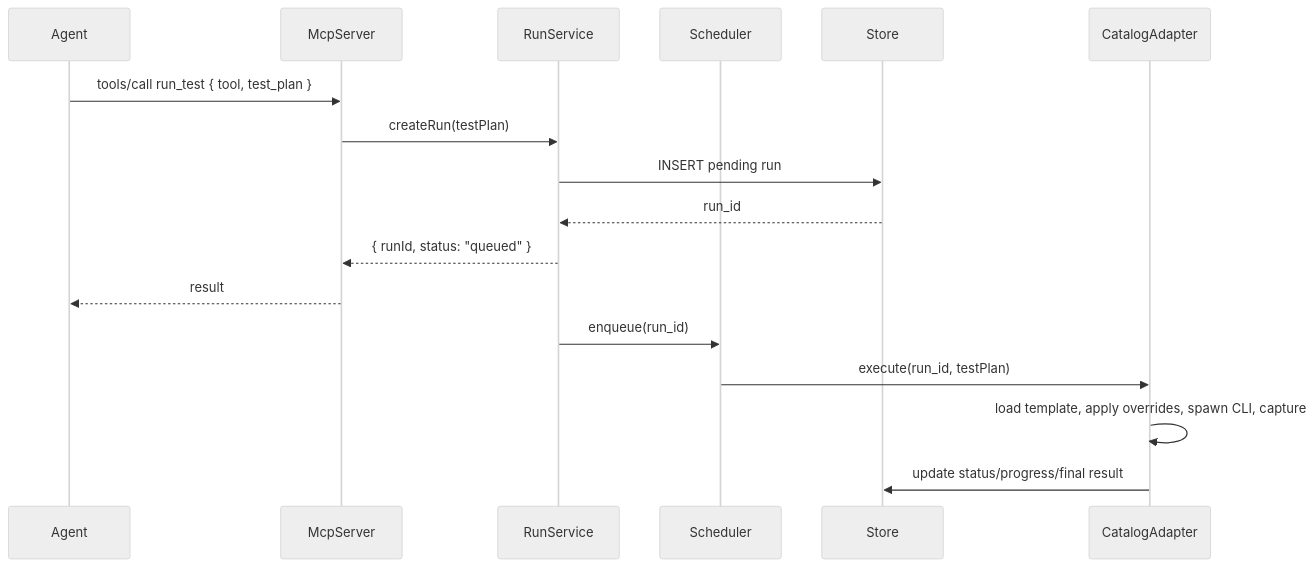
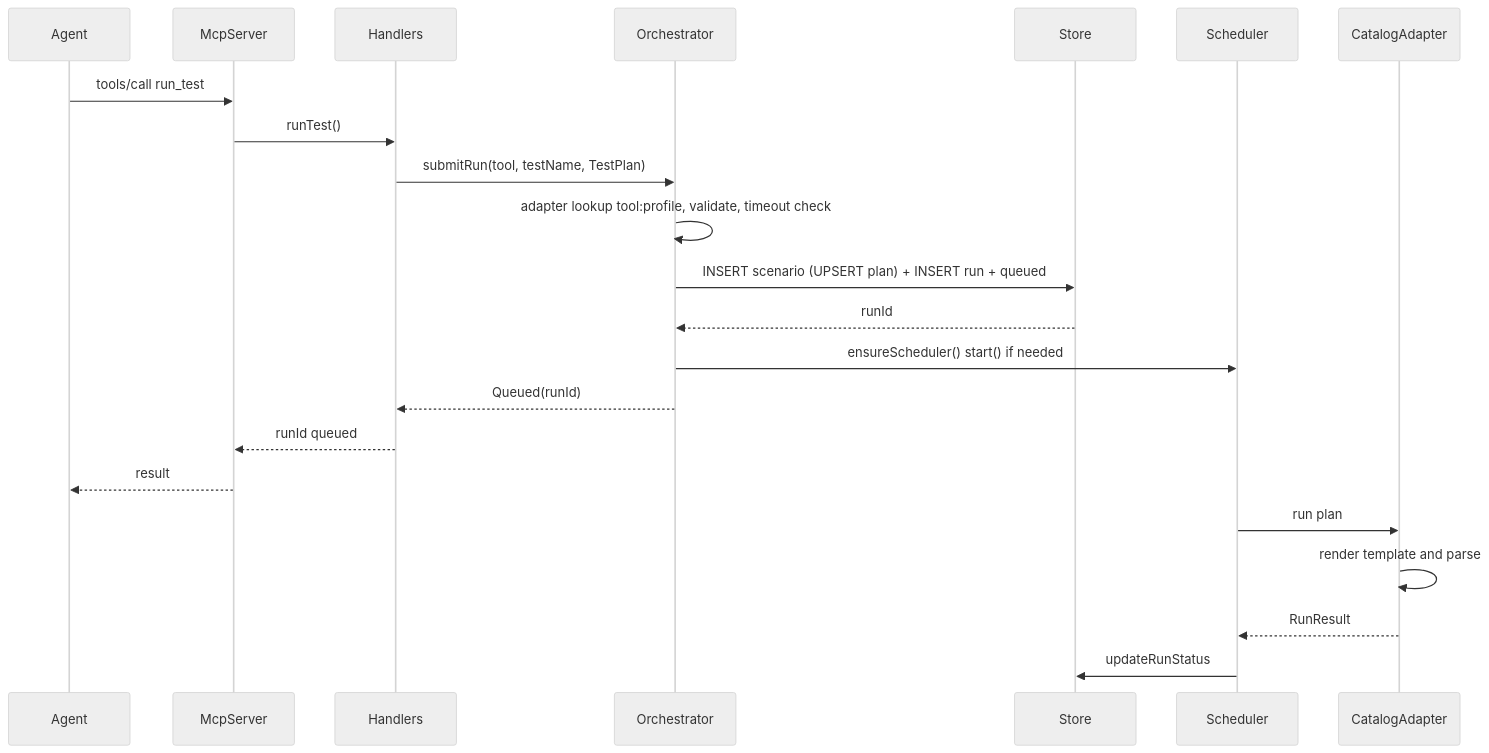
Before and after one commit to bmvanwyk/Boehm: the fourth of 6 diagrams in docs/architecture.md, drawn with Mermaid (neutral theme). The commit also changed other lines of this file and 10 other files, not shown here.

First line of the commit message:
docs: rewrite architecture/README for current codebase, remove stale specs/plans

````diff
--- a/docs/architecture.md
+++ b/docs/architecture.md
@@ -129,21 +117,25 @@
 ```mermaid
 sequenceDiagram
     participant Agent
     participant McpServer
-    participant RunService
+    participant Handlers
+    participant Orchestrator
+    participant Store
     participant Scheduler
-    participant Store
     participant CatalogAdapter
 
-    Agent->>McpServer: tools/call run_test { tool, test_plan }
-    McpServer->>RunService: createRun(testPlan)
-    RunService->>Store: INSERT pending run
-    Store-->>RunService: run_id
-    RunService-->>McpServer: { runId, status: "queued" }
+    Agent->>McpServer: tools/call run_test
+    McpServer->>Handlers: runTest()
+    Handlers->>Orchestrator: submitRun(tool, testName, TestPlan)
+    Orchestrator->>Orchestrator: adapter lookup tool:profile, validate, timeout check
+    Orchestrator->>Store: INSERT scenario (UPSERT plan) + INSERT run + queued
+    Store-->>Orchestrator: runId
+    Orchestrator->>Scheduler: ensureScheduler() start() if needed
+    Orchestrator-->>Handlers: Queued(runId)
+    Handlers-->>McpServer: runId queued
     McpServer-->>Agent: result
-
-    RunService->>Scheduler: enqueue(run_id)
-    Scheduler->>CatalogAdapter: execute(run_id, testPlan)
-    CatalogAdapter->>CatalogAdapter: load template, apply overrides, spawn CLI, capture
-    CatalogAdapter->>Store: update status/progress/final result
+    Scheduler->>CatalogAdapter: run plan
+    CatalogAdapter->>CatalogAdapter: render template and parse
+    CatalogAdapter-->>Scheduler: RunResult
+    Scheduler->>Store: updateRunStatus
 ```
````
